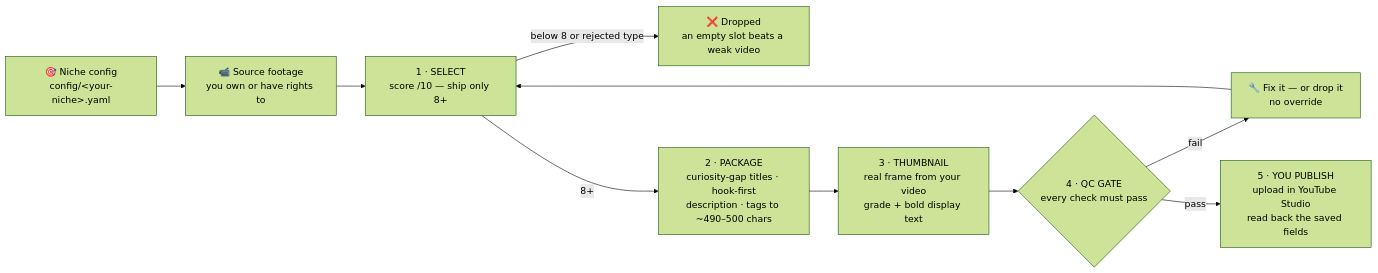
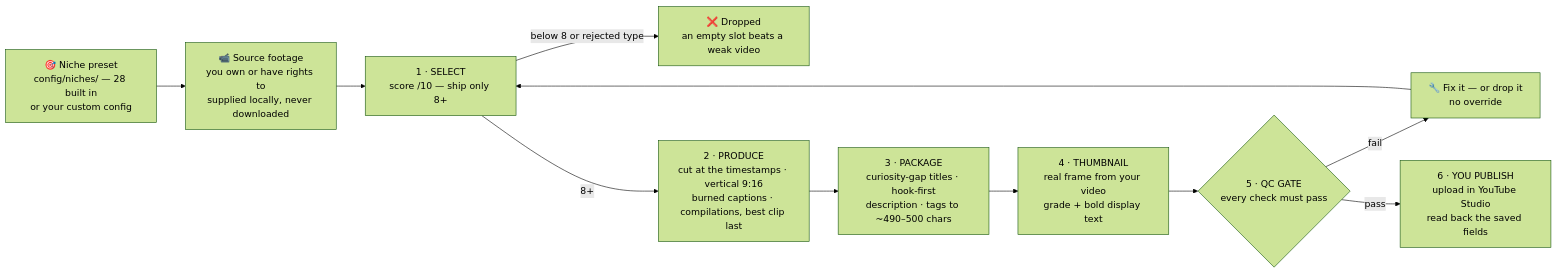
Before and after one commit to EdgeAgent/youtube-automation-claude: the diagram in README.md, drawn with Mermaid (forest theme). The commit also changed other lines of this file and 43 other files, not shown here.

Commit message:
v0.2.0: production stage (ffmpeg produce module + CLI), 28-preset niche library with sources, Watch it work section, full-repo consistency pass

````diff
--- a/README.md
+++ b/README.md
@@ -62,12 +76,13 @@
 ```mermaid
 flowchart LR
-    A["🎯 Niche config<br/>config/&lt;your-niche&gt;.yaml"] --> B["📹 Source footage<br/>you own or have rights to"]
+    A["🎯 Niche preset<br/>config/niches/ — 28 built in<br/>or your custom config"] --> B["📹 Source footage<br/>you own or have rights to<br/>supplied locally, never downloaded"]
     B --> C["1 · SELECT<br/>score /10 — ship only 8+"]
     C -->|below 8 or rejected type| X["❌ Dropped<br/>an empty slot beats a weak video"]
-    C -->|8+| D["2 · PACKAGE<br/>curiosity-gap titles · hook-first<br/>description · tags to ~490–500 chars"]
-    D --> E["3 · THUMBNAIL<br/>real frame from your video<br/>grade + bold display text"]
-    E --> F{"4 · QC GATE<br/>every check must pass"}
+    C -->|8+| P["2 · PRODUCE<br/>cut at the timestamps · vertical 9:16<br/>burned captions · compilations, best clip last"]
+    P --> D["3 · PACKAGE<br/>curiosity-gap titles · hook-first<br/>description · tags to ~490–500 chars"]
+    D --> E["4 · THUMBNAIL<br/>real frame from your video<br/>grade + bold display text"]
+    E --> F{"5 · QC GATE<br/>every check must pass"}
     F -->|fail| G["🔧 Fix it — or drop it<br/>no override"]
     G --> C
-    F -->|pass| H["5 · YOU PUBLISH<br/>upload in YouTube Studio<br/>read back the saved fields"]
+    F -->|pass| H["6 · YOU PUBLISH<br/>upload in YouTube Studio<br/>read back the saved fields"]
 ```
````
